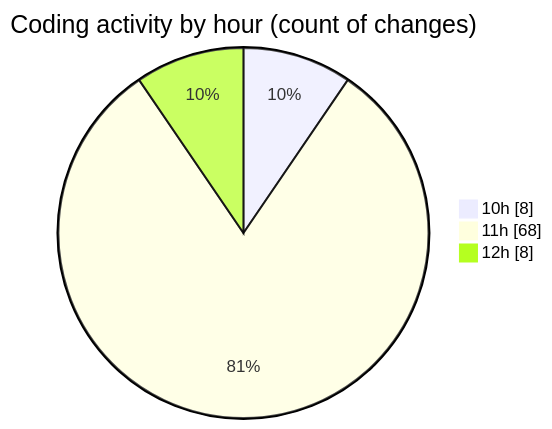
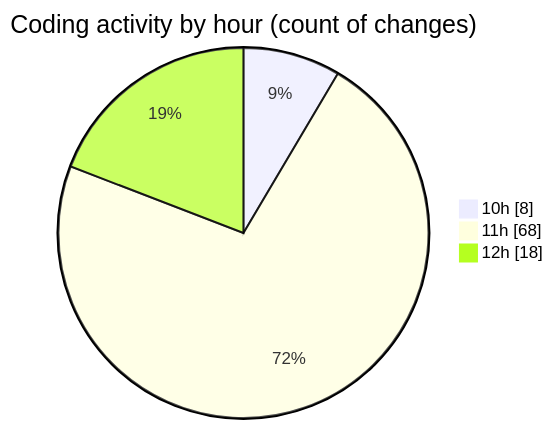
Before and after one commit to nxtqubesakshisongat/code-tracking: the second of 2 diagrams in 2025-08-22/nxtqube_webapp/README.md, drawn with Mermaid. The commit also changed other lines of this file and 1 other file, not shown here.

````diff
--- a/2025-08-22/nxtqube_webapp/README.md
+++ b/2025-08-22/nxtqube_webapp/README.md
@@ -28,7 +28,7 @@
 ```mermaid
 pie showData
 title Coding activity by hour (count of changes)
 "10h" : 8
 "11h" : 68
-"12h" : 8
+"12h" : 18
 ```
````
